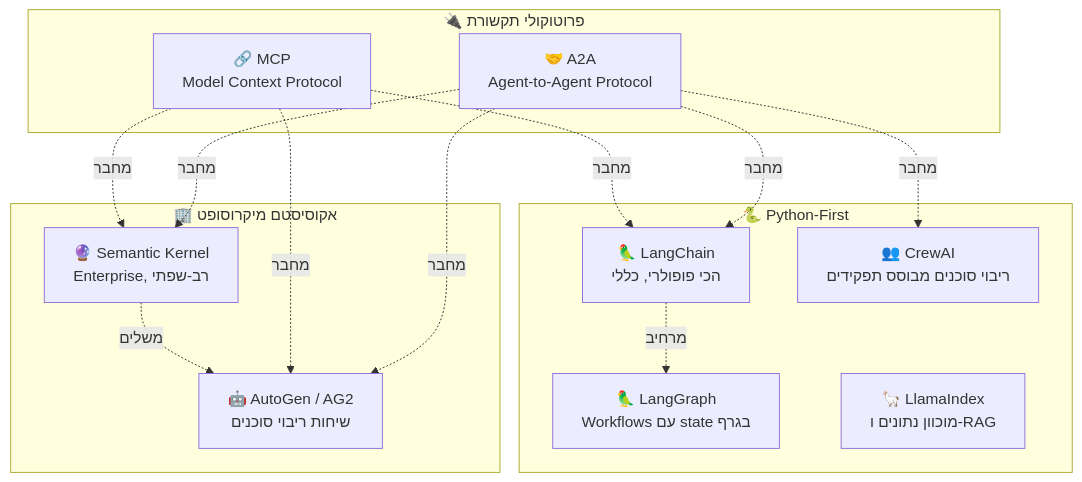
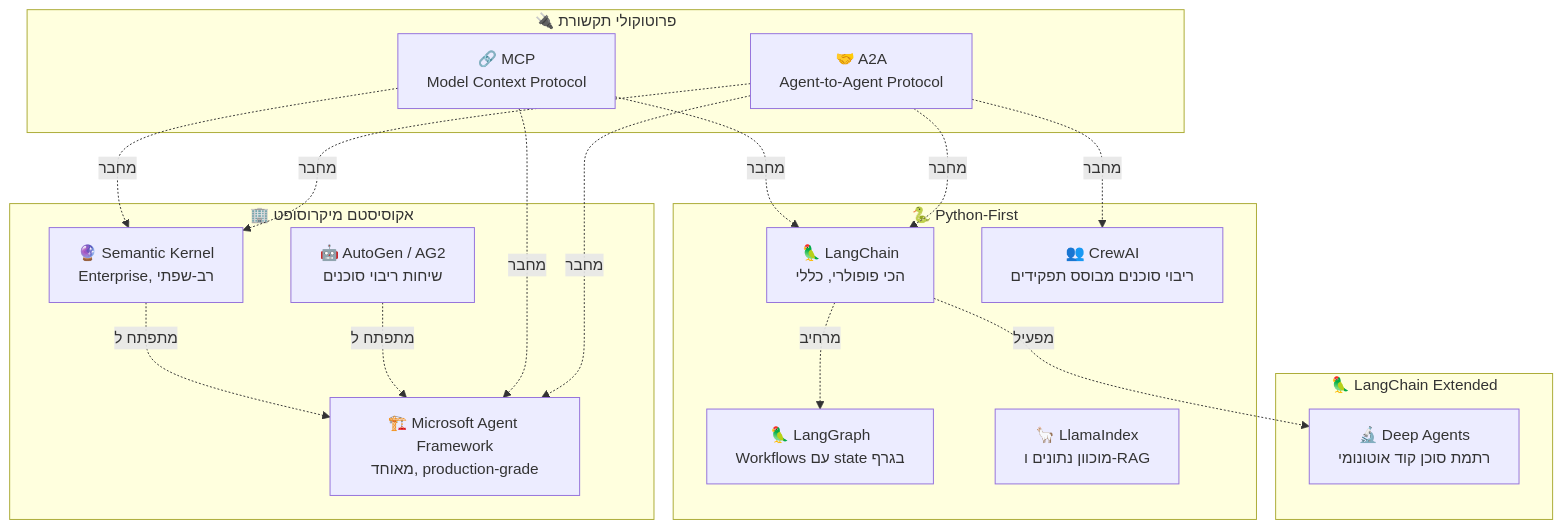
The third of 19 diagrams in education/heb/16-agent-frameworks.md (roie9876/AI-Agent-Platform), drawn with Mermaid before and after one commit. The commit also changed other lines of this file and 1 other file, not shown here.

First line of the commit message:
feat: add Microsoft Agent Framework and Deep Agents to chapter 16

````diff
--- a/education/heb/16-agent-frameworks.md
+++ b/education/heb/16-agent-frameworks.md
@@ -63,24 +63,31 @@
 ```mermaid
 graph TB
     subgraph "🐍 Python-First"
         LC["🦜 LangChain<br/>הכי פופולרי, כללי"]
         LG["🦜 LangGraph<br/>Workflows עם state בגרף"]
         CI["👥 CrewAI<br/>ריבוי סוכנים מבוסס תפקידים"]
         LI["🦙 LlamaIndex<br/>מוכוון נתונים ו-RAG"]
     end
     
     subgraph "🏢 אקוסיסטם מיקרוסופט"
+        MAF["🏗️ Microsoft Agent Framework<br/>מאוחד, production-grade"]
         SK["🔮 Semantic Kernel<br/>Enterprise, רב-שפתי"]
         AG["🤖 AutoGen / AG2<br/>שיחות ריבוי סוכנים"]
+    end
+    
+    subgraph "🦜 LangChain Extended"
+        DA["🔬 Deep Agents<br/>רתמת סוכן קוד אוטונומי"]
     end
     
     subgraph "🔌 פרוטוקולי תקשורת"
         MCP["🔗 MCP<br/>Model Context Protocol"]
         A2A["🤝 A2A<br/>Agent-to-Agent Protocol"]
     end
     
     LC -.->|"מרחיב"| LG
-    SK -.->|"משלים"| AG
-    MCP -.->|"מחבר"| LC & SK & AG
-    A2A -.->|"מחבר"| LC & SK & AG & CI
+    LC -.->|"מפעיל"| DA
+    SK -.->|"מתפתח ל"| MAF
+    AG -.->|"מתפתח ל"| MAF
+    MCP -.->|"מחבר"| LC & SK & MAF
+    A2A -.->|"מחבר"| LC & SK & MAF & CI
 ```
````
